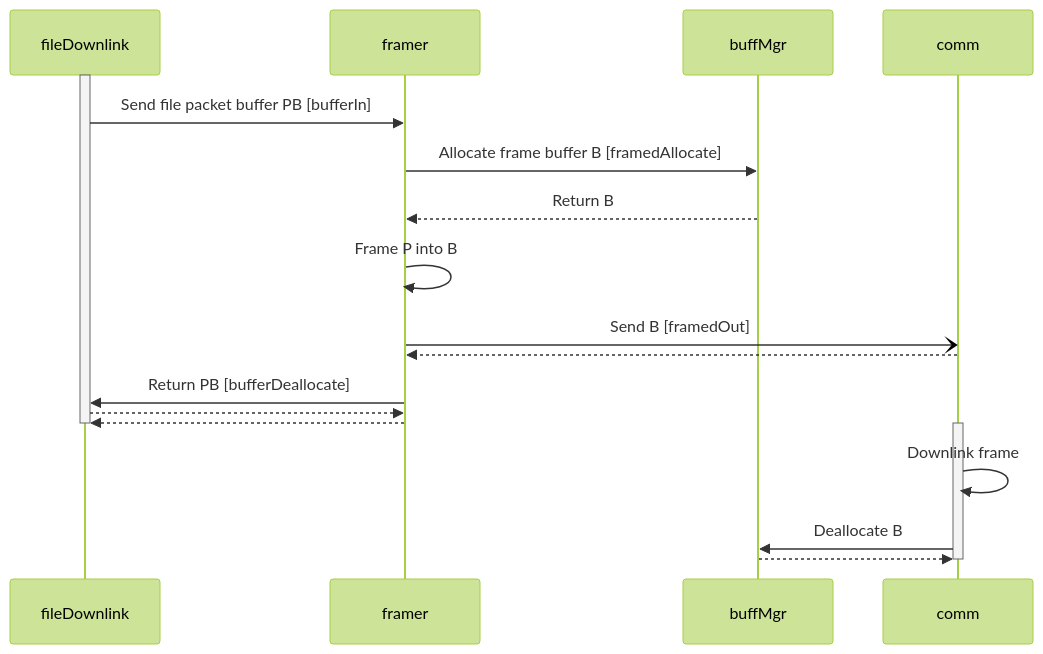
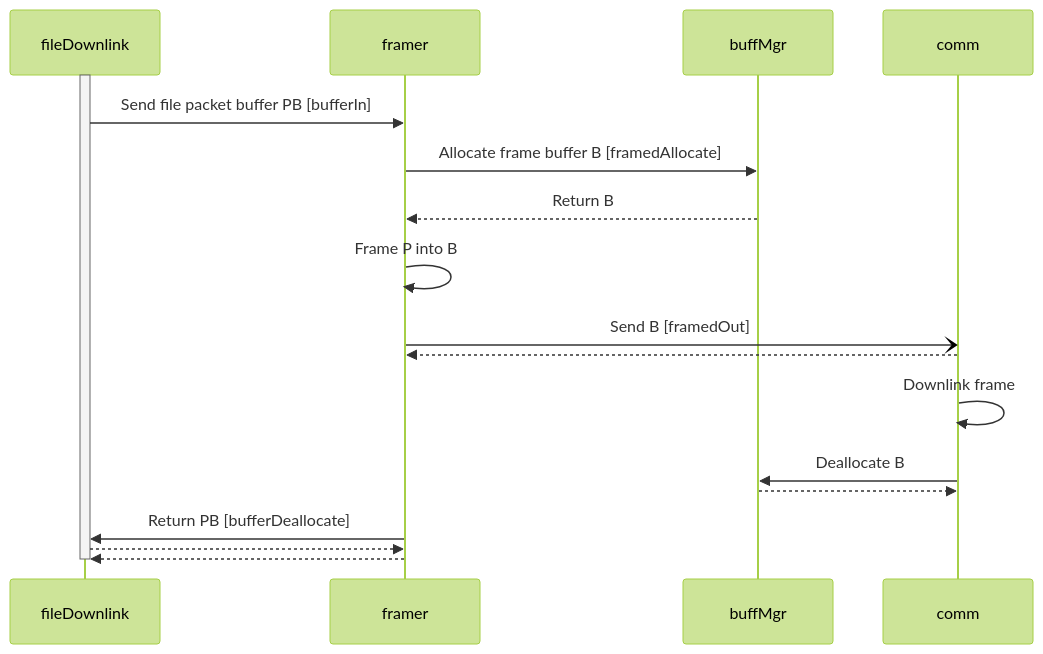
The fourth of 4 diagrams in Svc/Framer/docs/sdd.md (nasa/fprime), drawn with Mermaid (forest theme) before and after one commit.

Commit message:
Revise Framer SDD

````diff
--- a/Svc/Framer/docs/sdd.md
+++ b/Svc/Framer/docs/sdd.md
@@ -287,20 +287,17 @@
 ```mermaid
 sequenceDiagram
     activate fileDownlink
     fileDownlink->>framer: Send file packet buffer PB [bufferIn]
     framer->>buffMgr: Allocate frame buffer B [framedAllocate]
     buffMgr-->>framer: Return B
     framer->>framer: Frame P into B
     framer-)comm: Send B [framedOut]
     comm-->>framer: 
+    comm->>comm: Downlink frame
+    comm->>buffMgr: Deallocate B
+    buffMgr-->>comm: 
     framer->>fileDownlink: Return PB [bufferDeallocate]
     fileDownlink-->>framer: 
     framer-->>fileDownlink: 
     deactivate fileDownlink
-
-    activate comm
-    comm->>comm: Downlink frame
-    comm->>buffMgr: Deallocate B
-    buffMgr-->>comm: 
-    deactivate comm
 ```
````
